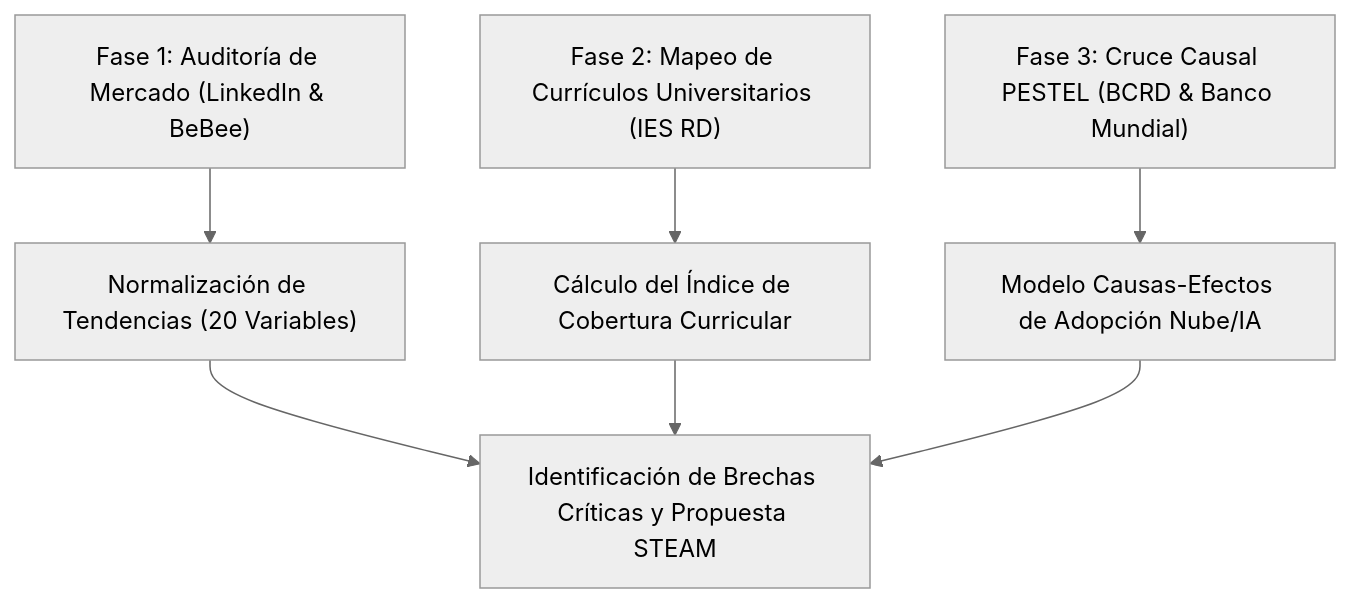
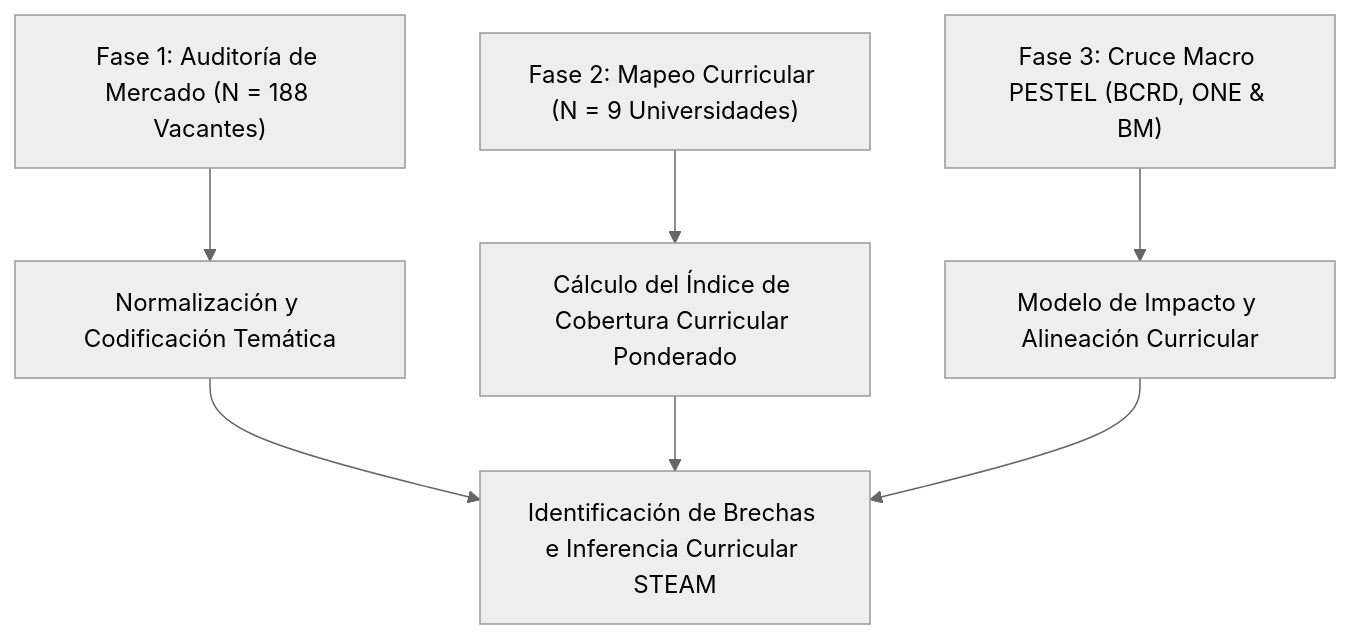
Before and after one commit to juanjo101/tablero-entorno-tecnologico-rd-2026: the diagram in articulo_cientifico_brecha_talento.md, drawn with Mermaid (neutral theme). The commit also changed other lines of this file and 1 other file, not shown here.

````diff
--- a/articulo_cientifico_brecha_talento.md
+++ b/articulo_cientifico_brecha_talento.md
@@ -60,7 +54,7 @@
 ```mermaid
 graph TD
-    A["Fase 1: Auditoría de Mercado (LinkedIn & BeBee)"] --> D["Normalización de Tendencias (20 Variables)"]
-    B["Fase 2: Mapeo de Currículos Universitarios (IES RD)"] --> E["Cálculo del Índice de Cobertura Curricular"]
-    C["Fase 3: Cruce Causal PESTEL (BCRD & Banco Mundial)"] --> F["Modelo Causas-Efectos de Adopción Nube/IA"]
-    D & E & F --> G["Identificación de Brechas Críticas y Propuesta STEAM"]
+    A["Fase 1: Auditoría de Mercado (N = 188 Vacantes)"] --> D["Normalización y Codificación Temática"]
+    B["Fase 2: Mapeo Curricular (N = 9 Universidades)"] --> E["Cálculo del Índice de Cobertura Curricular Ponderado"]
+    C["Fase 3: Cruce Macro PESTEL (BCRD, ONE & BM)"] --> F["Modelo de Impacto y Alineación Curricular"]
+    D & E & F --> G["Identificación de Brechas e Inferencia Curricular STEAM"]
 ```
````
